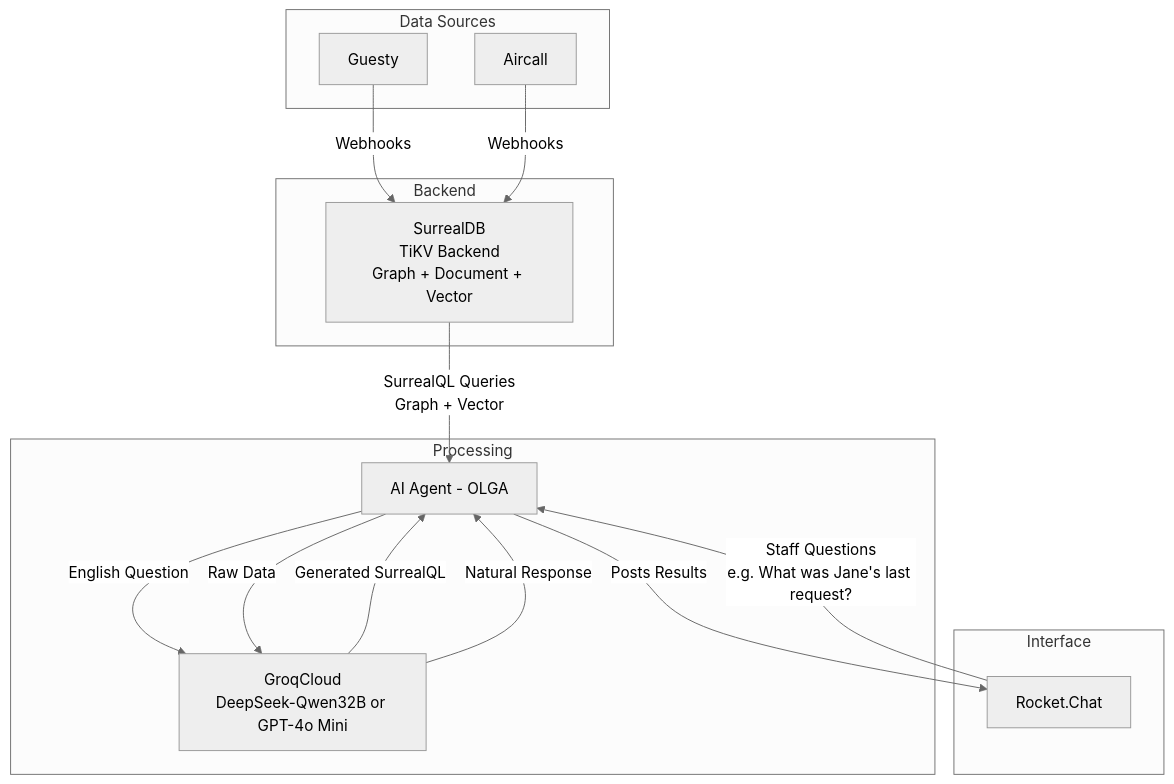
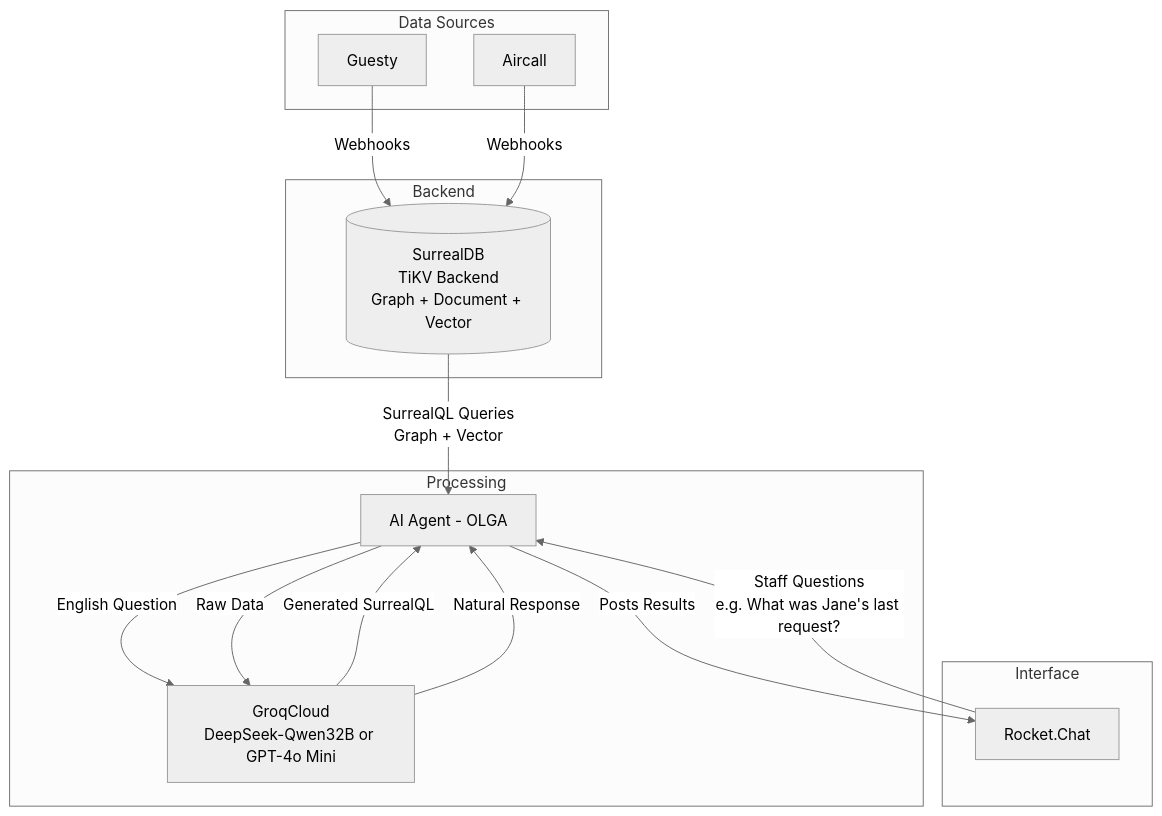
The second of 4 diagrams in projects/bnb/v6-b.md (deepbrainspace/deepbrain-stack), drawn with Mermaid (neutral theme) before and after one commit. The commit also changed other lines of this file, not shown here.

````diff
--- a/projects/bnb/v6-b.md
+++ b/projects/bnb/v6-b.md
@@ -55,26 +55,26 @@
 ```mermaid
 graph TD
-    A[Guesty] -->|Webhooks| B[SurrealDB<br>TiKV Backend<br>Graph + Document + Vector]
+    A[Guesty] -->|Webhooks| B[(SurrealDB<br>TiKV Backend<br>Graph + Document + Vector)]
     C[Aircall] -->|Webhooks| B
     B -->|SurrealQL Queries<br>Graph + Vector| D[AI Agent - OLGA]
     D -->|English Question| E[GroqCloud<br>DeepSeek-Qwen32B or GPT-4o Mini]
     E -->|Generated SurrealQL| D
     D -->|Raw Data| E
     E -->|Natural Response| D
     D -->|Posts Results| F[Rocket.Chat]
     F -->|Staff Questions<br>e.g. What was Jane's last request?| D
     subgraph Data Sources
         A
         C
     end
     subgraph Backend
         B
     end
     subgraph Processing
         D
         E
     end
     subgraph Interface
         F
     end
 ```
````
